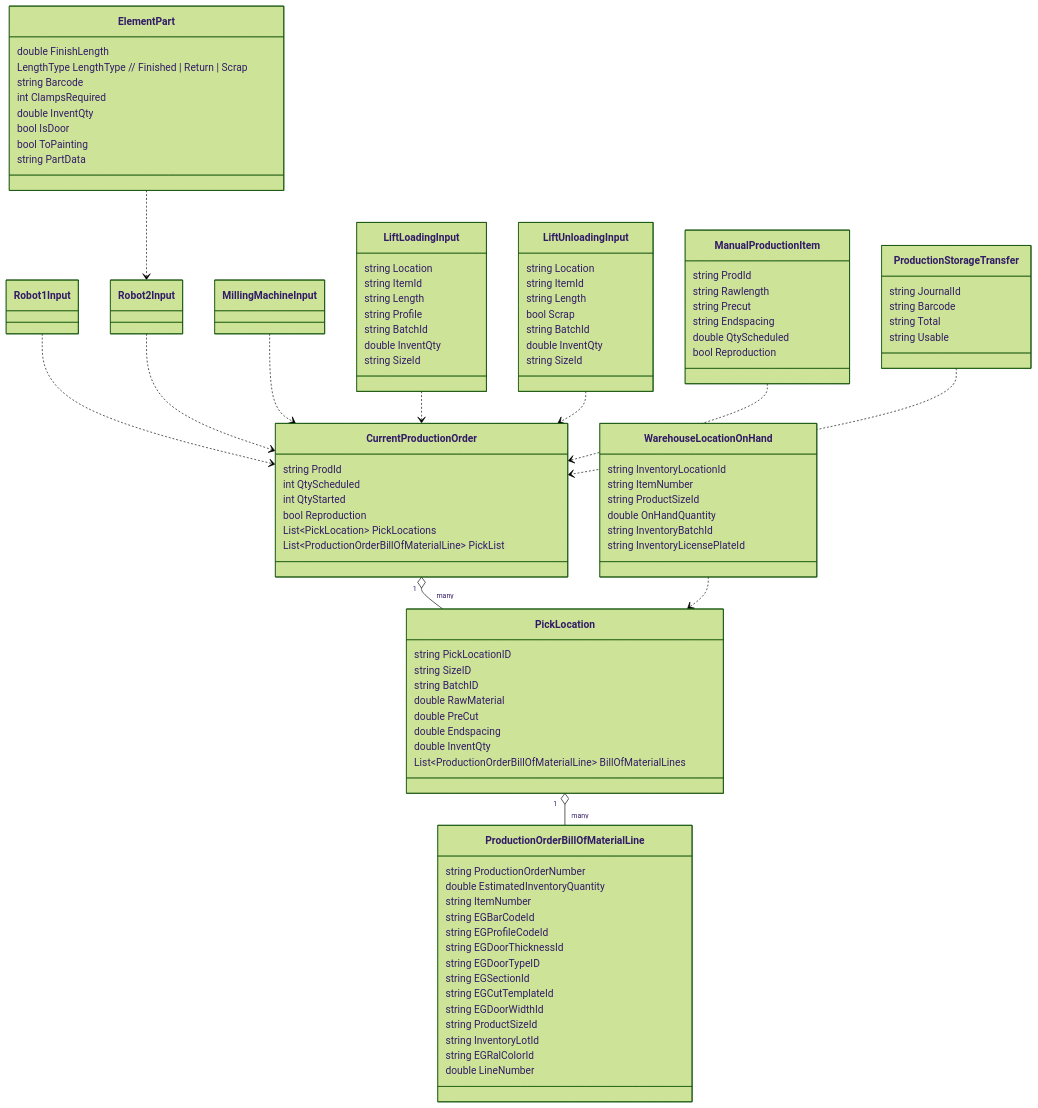
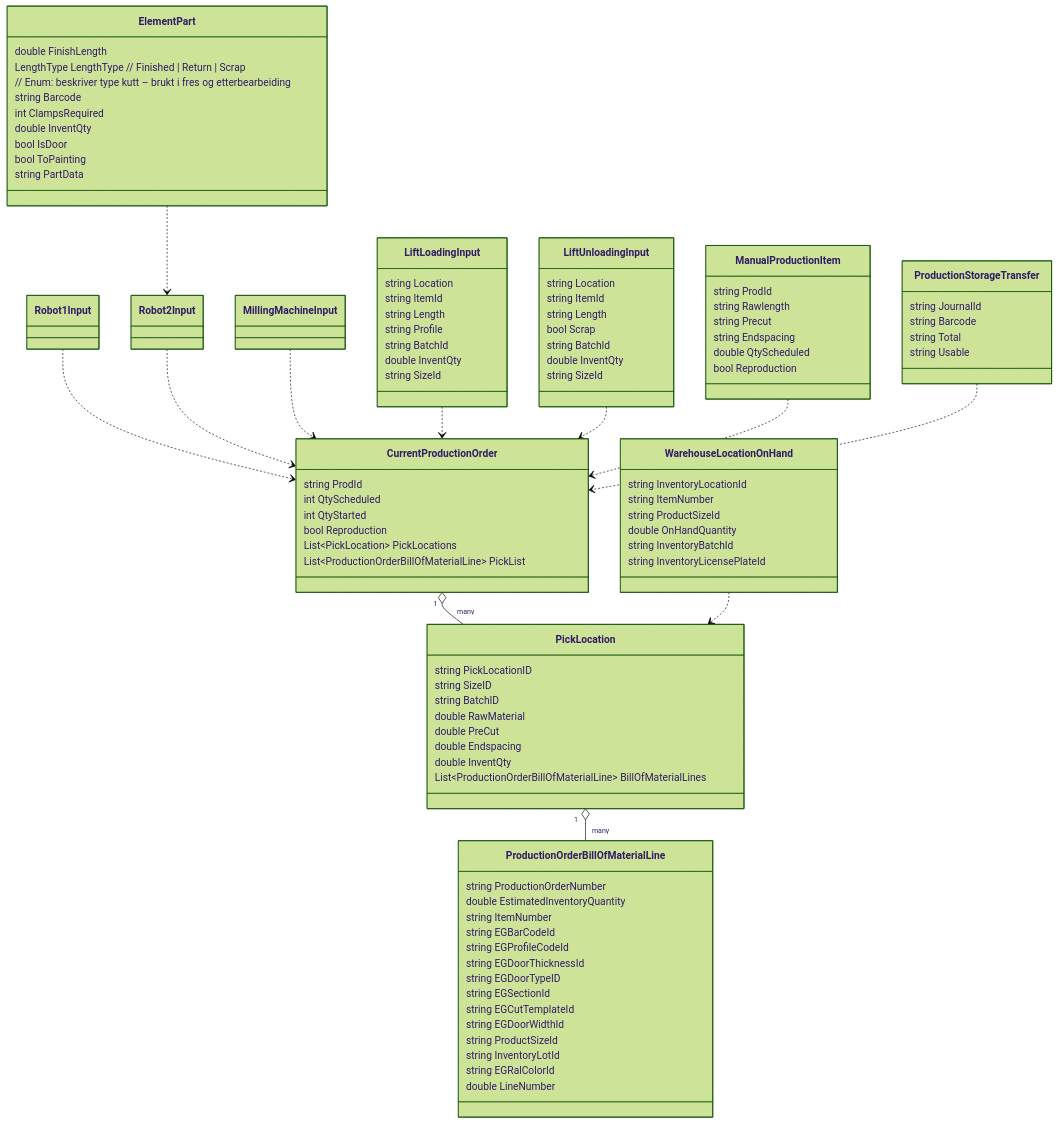
Before and after one commit to CanerKaba/Garage: the second of 2 diagrams in README.md, drawn with Mermaid (forest theme). The commit also changed other lines of this file, not shown here.

```diff
--- a/README.md
+++ b/README.md
@@ -358,6 +438,7 @@
 class ElementPart {
   double FinishLength
   LengthType LengthType  // Finished | Return | Scrap
+  // Enum: beskriver type kutt – brukt i fres og etterbearbeiding
   string Barcode
   int ClampsRequired
   double InventQty
```
